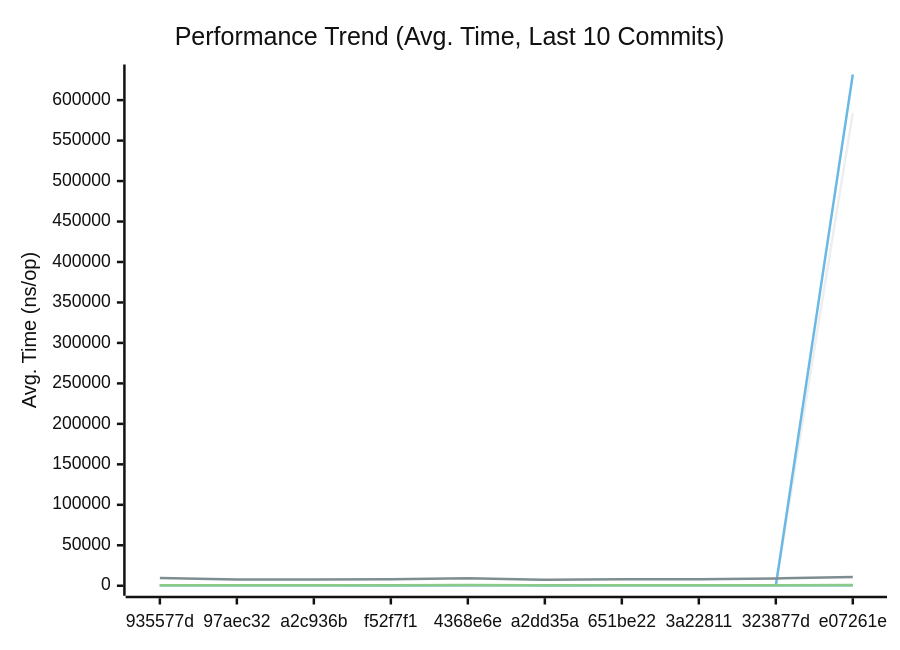
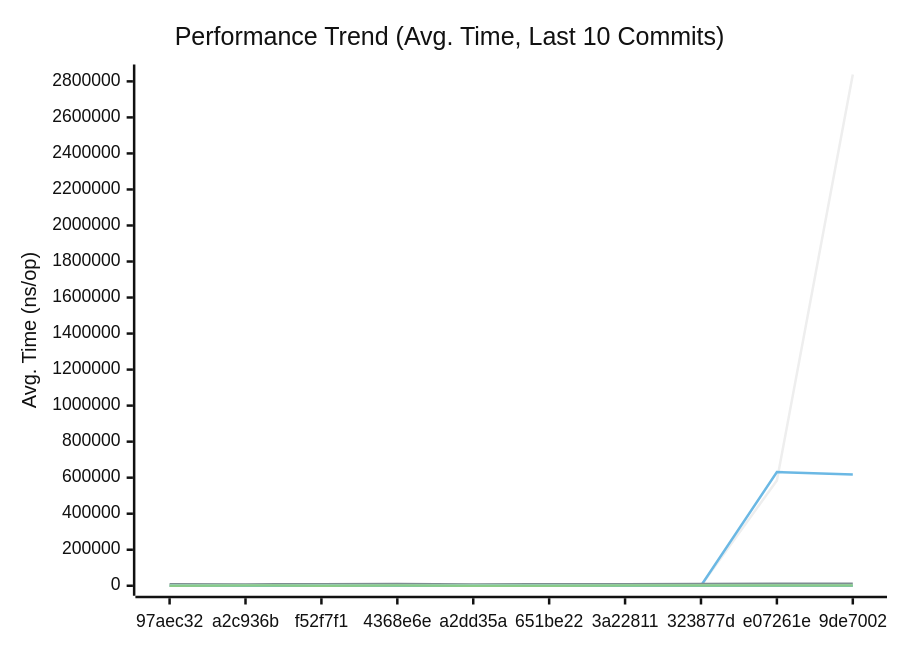
Before and after one commit to alsotoes/momo: the first of 3 diagrams in docs/PERFORMANCE.md, drawn with Mermaid (neutral theme). The commit also changed other lines of this file and 2 other files, not shown here.

````diff
--- a/docs/PERFORMANCE.md
+++ b/docs/PERFORMANCE.md
@@ -143,20 +145,20 @@
 ```mermaid
 xychart-beta
     title "Performance Trend (Avg. Time, Last 10 Commits)"
     x-axis "Commit"
     y-axis "Avg. Time (ns/op)"
-    x-axis [935577d,97aec32,a2c936b,f52f7f1,4368e6e,a2dd35a,651be22,3a22811,323877d,e07261e]
-    line "AWSChunkedReaderSigned" [0,0,0,0,0,0,0,0,0,584226]
-    line "AWSChunkedReaderUnsigned" [0,0,0,0,0,0,0,0,0,631654]
-    line "CheckMetricsAndSwap" [10,9,8,10,9,10,9,10,10,9]
-    line "CrushOptimized" [426,370,350,388,436,307,344,355,415,439]
-    line "CrushOriginal" [663,507,479,594,516,557,494,491,570,664]
-    line "IndexDirectTracking" [0,0,0,0,0,0,0,0,0,0]
-    line "IndexSearch" [2,2,2,2,2,2,2,2,2,2]
-    line "LoadGlobalConfig" [9618,7642,7622,8182,9158,7310,7930,8102,9075,10900]
-    line "PadString" [64,43,60,54,52,40,46,49,53,64]
+    x-axis [97aec32,a2c936b,f52f7f1,4368e6e,a2dd35a,651be22,3a22811,323877d,e07261e,9de7002]
+    line "AWSChunkedReaderSigned" [0,0,0,0,0,0,0,0,584226,2838201]
+    line "AWSChunkedReaderUnsigned" [0,0,0,0,0,0,0,0,631654,617880]
+    line "CheckMetricsAndSwap" [9,8,10,9,10,9,10,10,9,16]
+    line "CrushOptimized" [370,350,388,436,307,344,355,415,439,381]
+    line "CrushOriginal" [507,479,594,516,557,494,491,570,664,686]
+    line "IndexDirectTracking" [0,0,0,0,0,0,0,0,0,1]
+    line "IndexSearch" [2,2,2,2,2,2,2,2,2,3]
+    line "LoadGlobalConfig" [7642,7622,8182,9158,7310,7930,8102,9075,10900,10925]
+    line "PadString" [43,60,54,52,40,46,49,53,64,66]
     line "ParseReplicationOrder_NoPrealloc" [350,349,357,354,345,225,229,165,232,234]
     line "ParseReplicationOrder_Prealloc" [229,231,237,234,229,108,107,80,110,109]
-    line "SanitizeLog/Safe" [475,497,537,464,500,456,475,487,537,496]
-    line "SanitizeLog/Unsafe" [596,597,732,668,782,686,592,720,762,826]
+    line "SanitizeLog/Safe" [497,537,464,500,456,475,487,537,496,673]
+    line "SanitizeLog/Unsafe" [597,732,668,782,686,592,720,762,826,1502]
 ```
````
